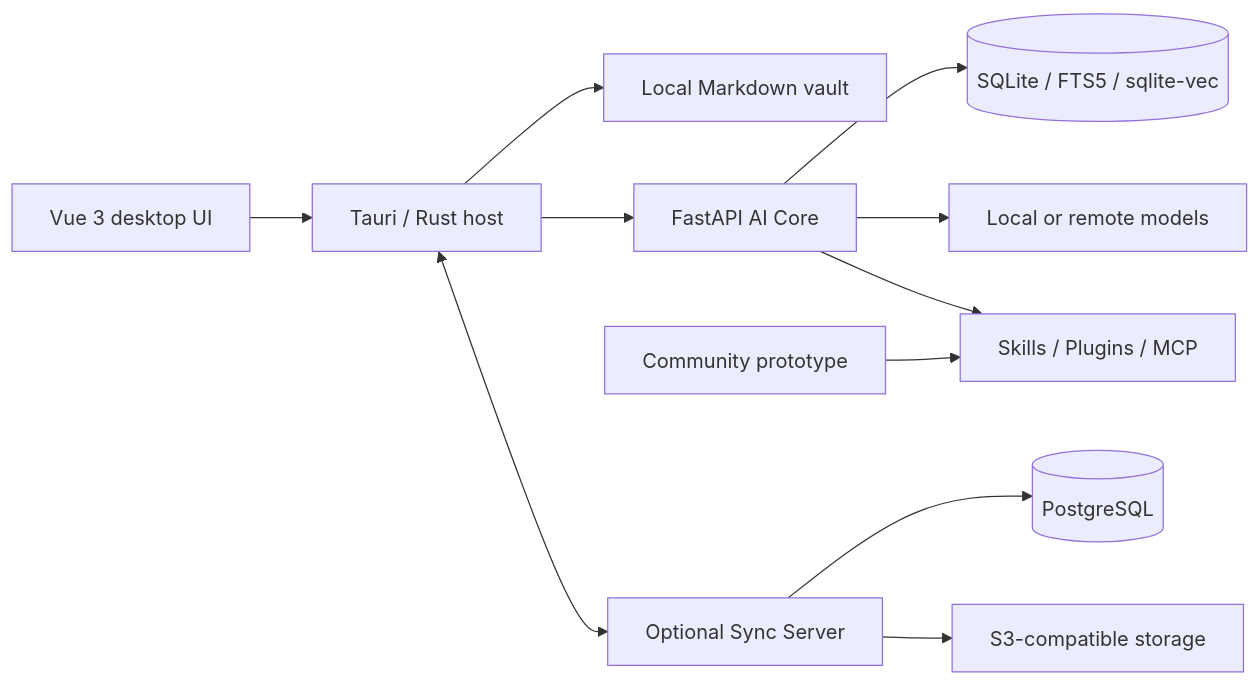
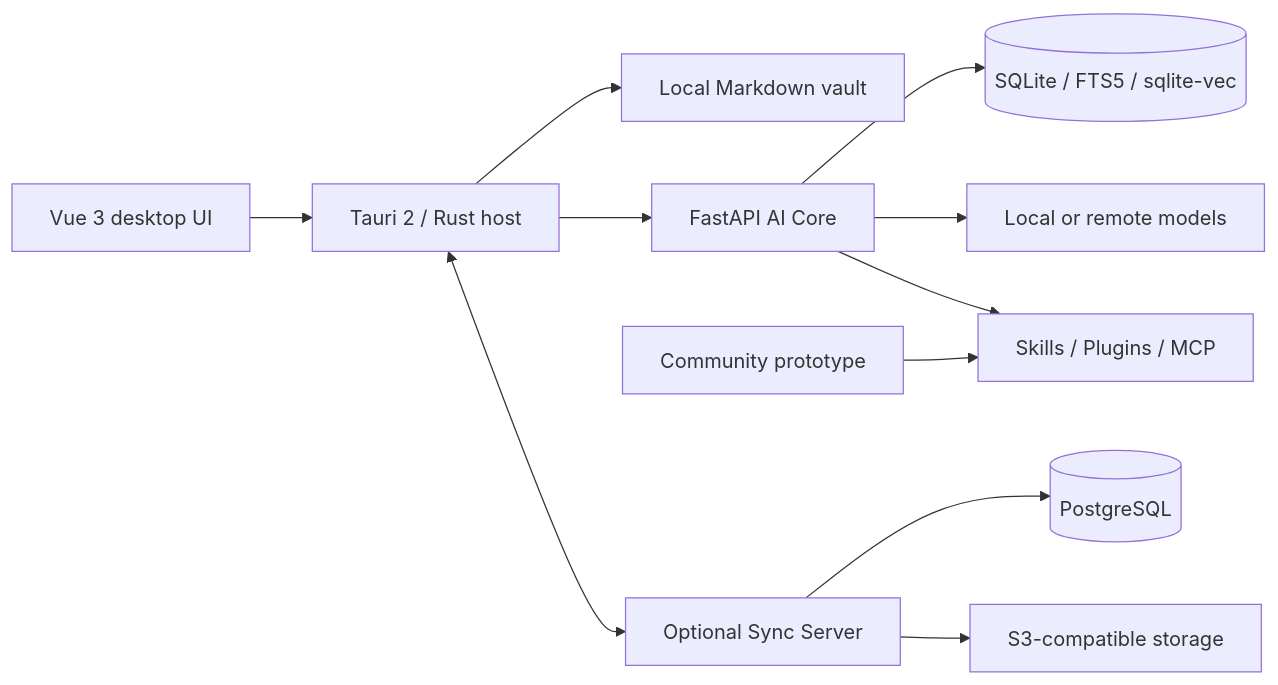
Before and after one commit to KiriAky107/OpenNexus: the diagram in README.md, drawn with Mermaid. The commit also changed other lines of this file and 1 other file, not shown here.

````diff
--- a/README.md
+++ b/README.md
@@ -27,13 +72,13 @@
 ```mermaid
 flowchart LR
-    UI[Vue 3 desktop UI] --> HOST[Tauri / Rust host]
+    UI[Vue 3 desktop UI] --> HOST[Tauri 2 / Rust host]
     HOST --> VAULT[Local Markdown vault]
     HOST --> CORE[FastAPI AI Core]
     CORE --> INDEX[(SQLite / FTS5 / sqlite-vec)]
     CORE --> MODEL[Local or remote models]
     CORE --> EXT[Skills / Plugins / MCP]
     HOST <--> SYNC[Optional Sync Server]
     SYNC --> DB[(PostgreSQL)]
     SYNC --> OBJ[S3-compatible storage]
     COMMUNITY[Community prototype] --> EXT
 ```
````
